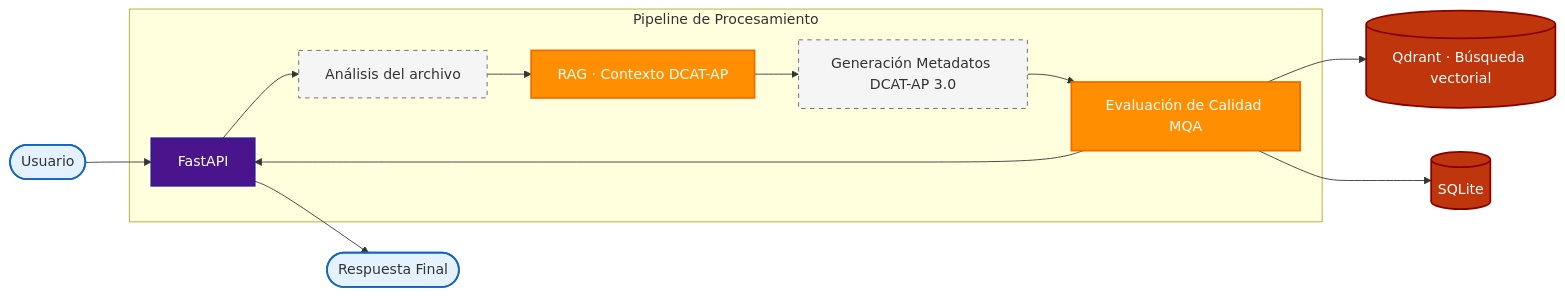
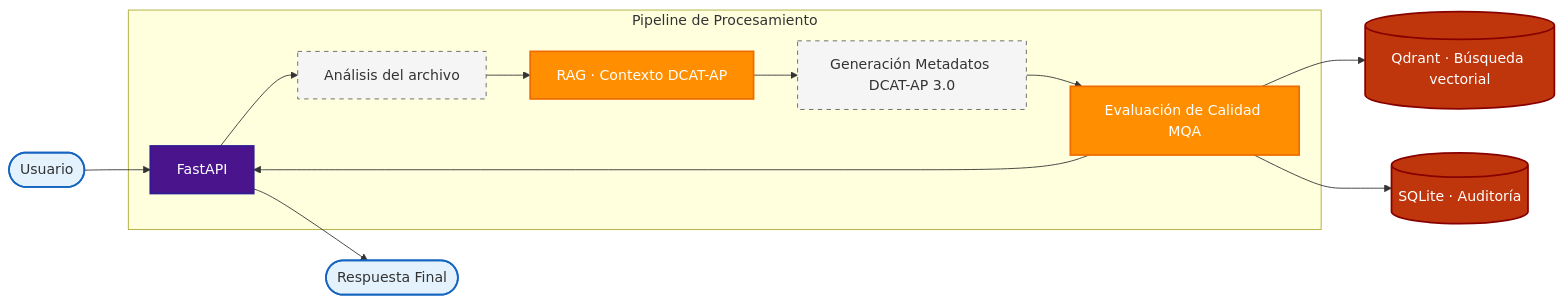
Before and after one commit to aitanacuadra/TFG: the diagram in README.md, drawn with Mermaid. The commit also changed other lines of this file and 2 other files, not shown here.

````diff
--- a/README.md
+++ b/README.md
@@ -10,29 +10,29 @@
 ```mermaid
 graph LR
     classDef input fill:#E3F2FD,stroke:#1565C0,stroke-width:2px;
     classDef api fill:#4A148C,color:#fff,stroke:#311B92,stroke-width:2px;
     classDef ai fill:#FF8F00,color:#fff,stroke:#EF6C00,stroke-width:2px;
     classDef audit fill:#2E7D32,color:#fff,stroke:#1B5E20,stroke-width:2px;
     classDef store fill:#BF360C,color:#fff,stroke:#870000,stroke-width:2px;
     classDef process fill:#F5F5F5,stroke:#616161,stroke-dasharray: 5 5;
 
     User([Usuario]) --> API[FastAPI]
 
     subgraph Pipeline ["Pipeline de Procesamiento"]
         API --> Profiling[Análisis del archivo]
         Profiling --> RAG[RAG · Contexto DCAT-AP]
         RAG --> DCAT[Generación Metadatos DCAT-AP 3.0]
         DCAT --> Judge[Evaluación de Calidad MQA]
     end
 
     Judge --> Qdrant[(Qdrant · Búsqueda vectorial)]
-    Judge --> SQL[(SQLite)]
+    Judge --> SQL[(SQLite · Auditoría)]
     Judge --> API
     API --> Output([Respuesta Final])
 
     class User,Output input;
     class API api;
     class RAG,Judge ai;
     class Qdrant,SQL store;
     class Profiling,DCAT process;
 ```
````
